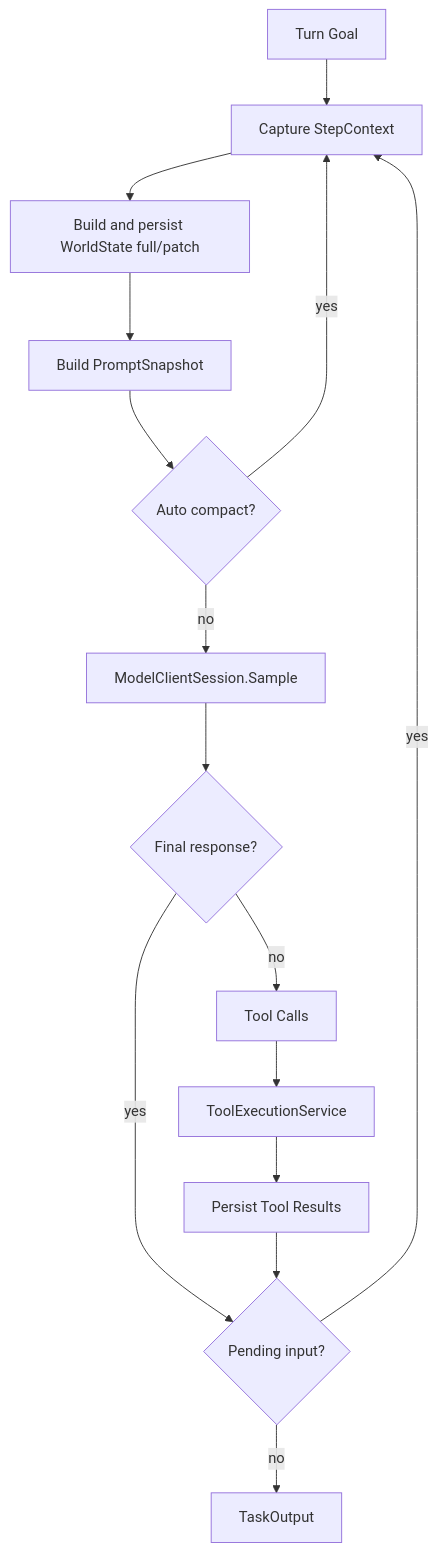
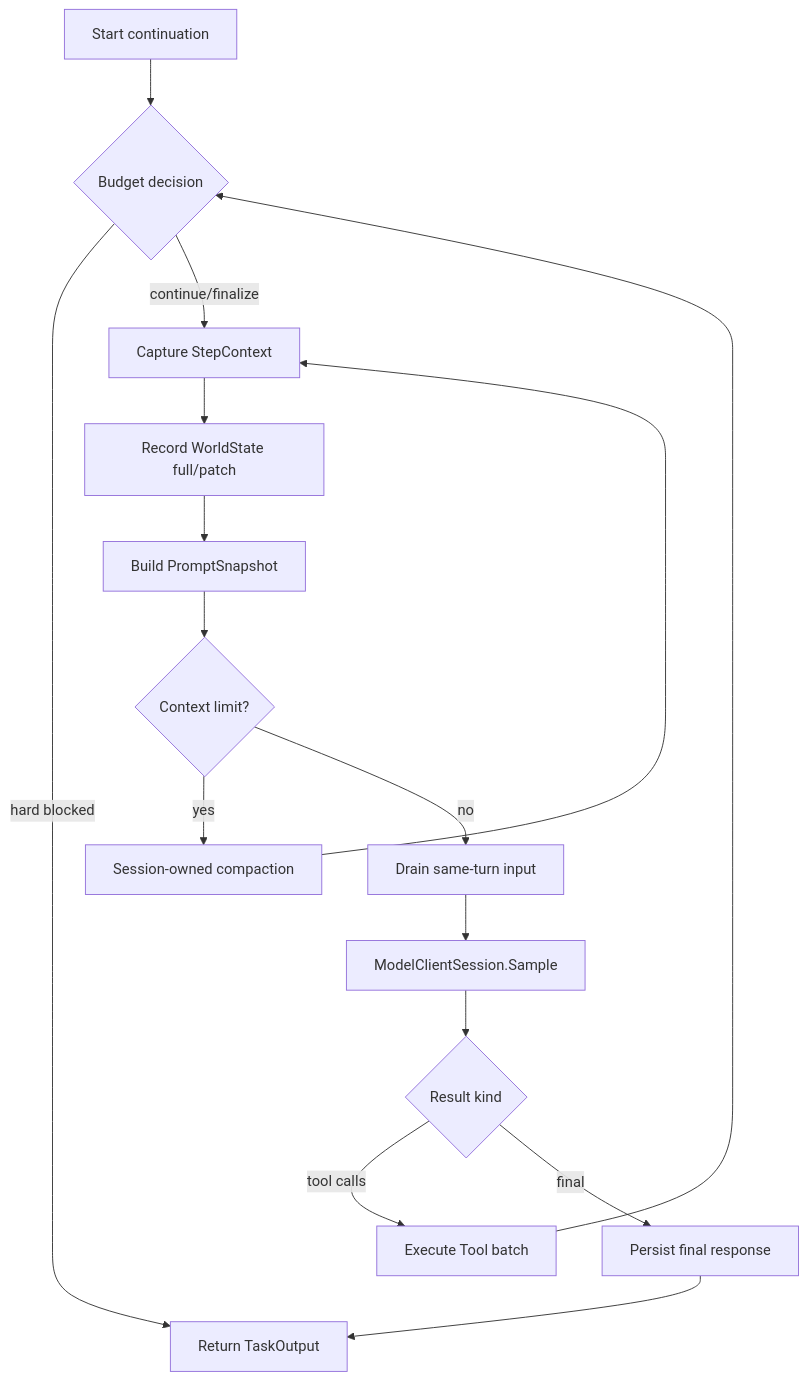
One commit to Godric-W/Amadeus changed diagram 11 of 43 in docs/architecture-whitepaper.md. Above: the diagram before and after it, drawn with Mermaid. The commit also changed other lines of this file and 1 other file, not shown here.

````diff
--- a/docs/architecture-whitepaper.md
+++ b/docs/architecture-whitepaper.md
@@ -591,30 +547,24 @@
 ```mermaid
 flowchart TD
-    Start[Turn Goal]
+    Begin[Start continuation]
+    Budget{Budget decision}
     Capture[Capture StepContext]
-    World[Build and persist WorldState full/patch]
+    World[Record WorldState full/patch]
     Prompt[Build PromptSnapshot]
+    Window{Context limit?}
+    Compact[Session-owned compaction]
+    Drain[Drain same-turn input]
     Sample[ModelClientSession.Sample]
-    Final{Final response?}
-    Calls[Tool Calls]
-    Execute[ToolExecutionService]
-    Persist[Persist Tool Results]
-    Pending{Pending input?}
-    Compact{Auto compact?}
-    Done[TaskOutput]
+    Kind{Result kind}
+    Tools[Execute Tool batch]
+    Final[Persist final response]
+    Done[Return TaskOutput]
 
-    Start --> Capture
-    Capture --> World
-    World --> Prompt
-    Prompt --> Compact
-    Compact -- yes --> Capture
-    Compact -- no --> Sample
-    Sample --> Final
-    Final -- yes --> Pending
-    Final -- no --> Calls
-    Calls --> Execute
-    Execute --> Persist
-    Persist --> Pending
-    Pending -- yes --> Capture
-    Pending -- no --> Done
+    Begin --> Budget
+    Budget -->|hard blocked| Done
+    Budget -->|continue/finalize| Capture --> World --> Prompt --> Window
+    Window -->|yes| Compact --> Capture
+    Window -->|no| Drain --> Sample --> Kind
+    Kind -->|tool calls| Tools --> Budget
+    Kind -->|final| Final --> Done
 ```
````
